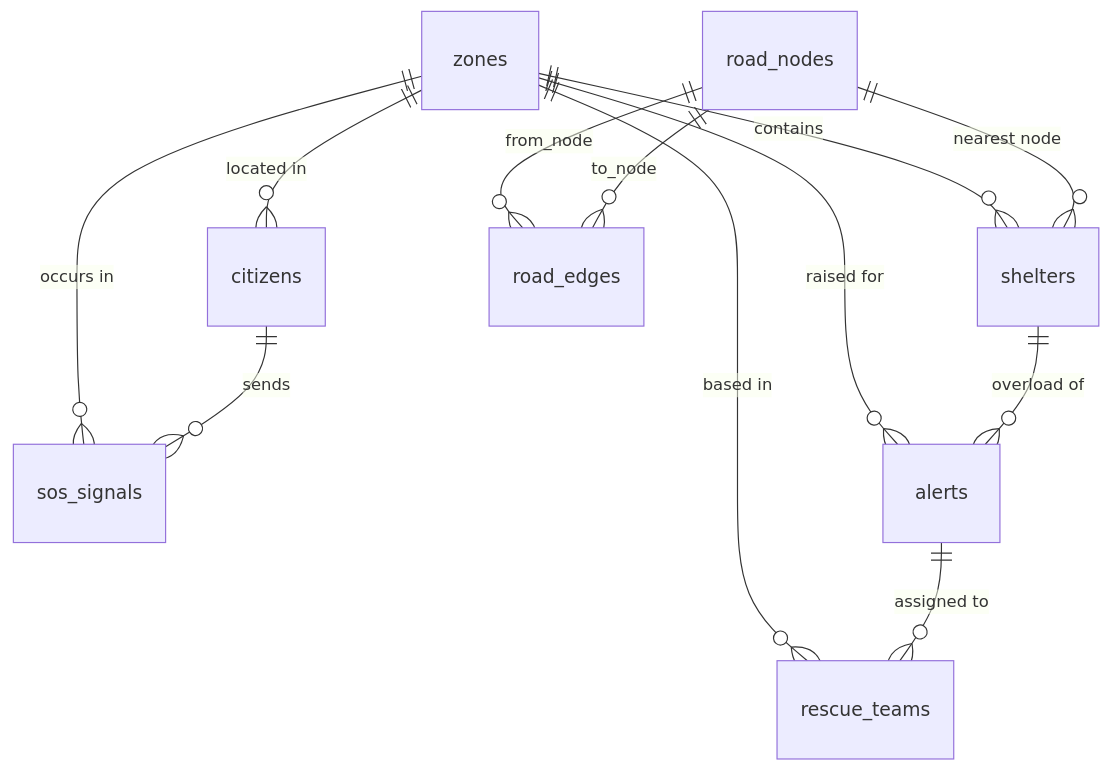
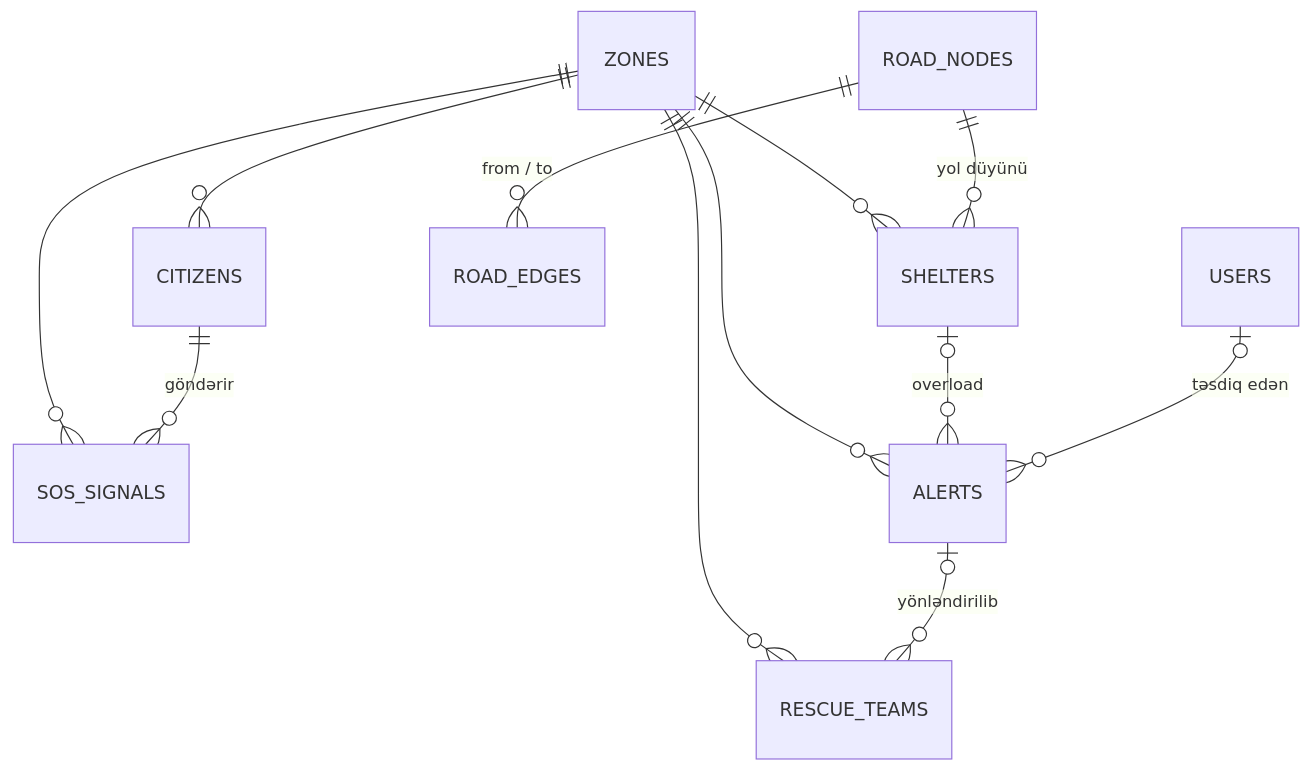
One commit to Emin-rgb/Evacuation-App changed the second of 2 diagrams in README.md. Above: the diagram before and after it, drawn with Mermaid. The commit also changed other lines of this file and 10 other files, not shown here.

Commit message:
docs: Azerbaijani README, Word tech doc, ERD, Swagger, diagrams

````diff
--- a/README.md
+++ b/README.md
@@ -219,14 +203,14 @@
 ```mermaid
 erDiagram
-    zones ||--o{ shelters : contains
-    zones ||--o{ rescue_teams : "based in"
-    zones ||--o{ citizens : "located in"
-    zones ||--o{ sos_signals : "occurs in"
-    zones ||--o{ alerts : "raised for"
-    road_nodes ||--o{ road_edges : "from_node"
-    road_nodes ||--o{ road_edges : "to_node"
-    road_nodes ||--o{ shelters : "nearest node"
-    citizens ||--o{ sos_signals : sends
-    shelters ||--o{ alerts : "overload of"
-    alerts ||--o{ rescue_teams : "assigned to"
+    ZONES ||--o{ SHELTERS : ""
+    ZONES ||--o{ CITIZENS : ""
+    ZONES ||--o{ SOS_SIGNALS : ""
+    ZONES ||--o{ ALERTS : ""
+    ZONES ||--o{ RESCUE_TEAMS : ""
+    ROAD_NODES ||--o{ SHELTERS : "yol düyünü"
+    ROAD_NODES ||--o{ ROAD_EDGES : "from / to"
+    CITIZENS ||--o{ SOS_SIGNALS : "göndərir"
+    SHELTERS |o--o{ ALERTS : "overload"
+    ALERTS |o--o{ RESCUE_TEAMS : "yönləndirilib"
+    USERS |o--o{ ALERTS : "təsdiq edən"
 ```
````
